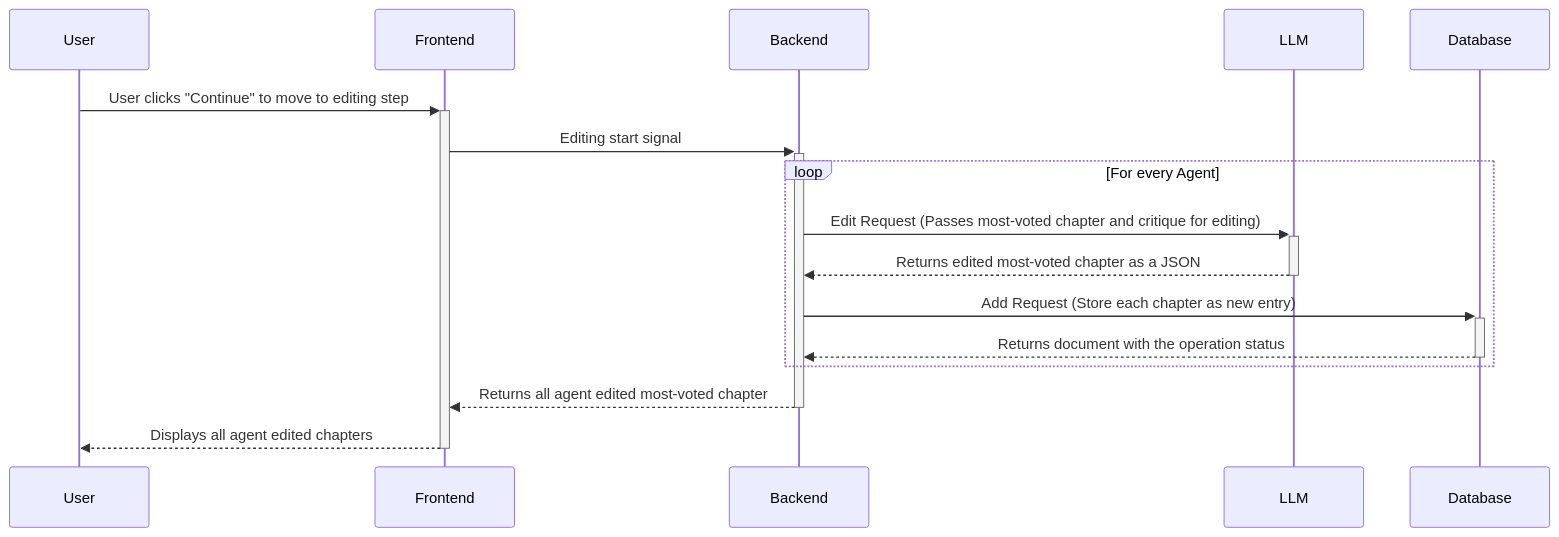
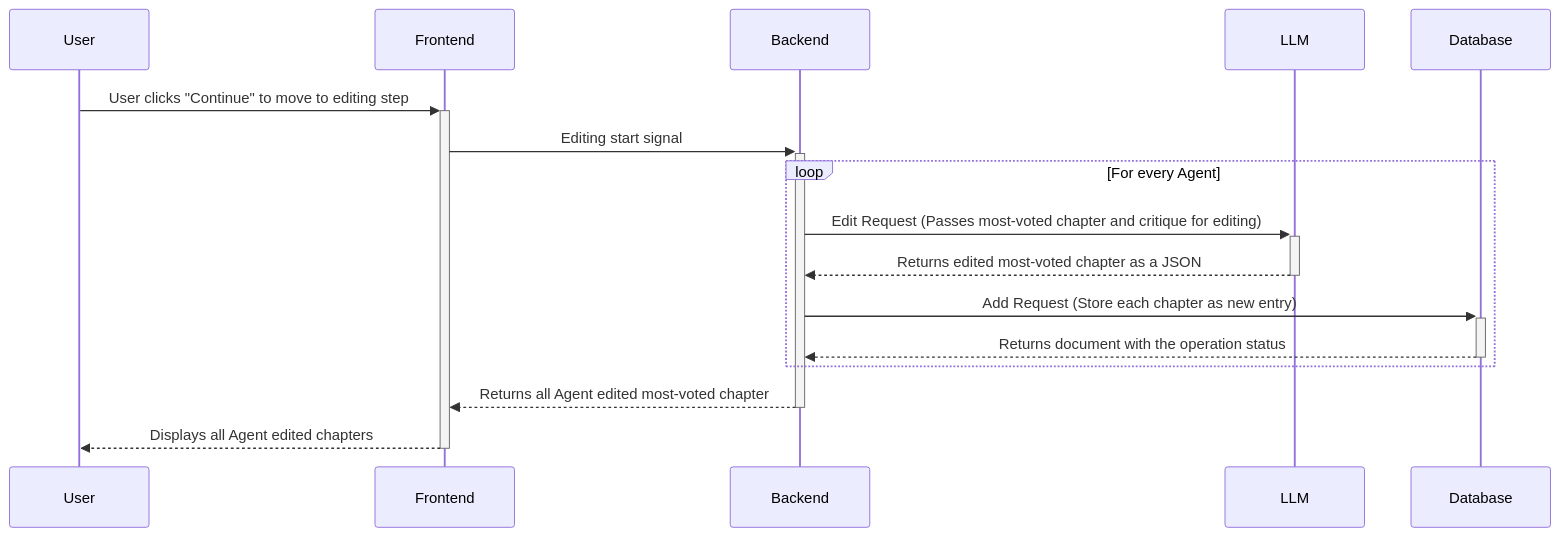
Before and after one commit to Capstone-Projects-2025-Spring/project-003-story-builder-team-1: the tenth of 10 diagrams in documentation/docs/system-architecture/sequence-diagrams.md, drawn with Mermaid. The commit also changed other lines of this file, not shown here.

Commit message:
Added missing sequence diagram and capitalized agent throughout

````diff
--- a/documentation/docs/system-architecture/sequence-diagrams.md
+++ b/documentation/docs/system-architecture/sequence-diagrams.md
@@ -189,18 +210,18 @@
 ```mermaid
 sequenceDiagram
     participant User
     participant Frontend
     participant Backend
     participant LLM
     participant Database
     User->>+Frontend: User clicks "Continue" to move to editing step
     Frontend->>+Backend: Editing start signal
     loop For every Agent
         Backend->>+LLM: Edit Request (Passes most-voted chapter and critique for editing)
         LLM-->>-Backend: Returns edited most-voted chapter as a JSON
         Backend->>+Database: Add Request (Store each chapter as new entry)
         Database-->>-Backend: Returns document with the operation status
     end
-    Backend-->>-Frontend: Returns all agent edited most-voted chapter
-    Frontend-->>-User: Displays all agent edited chapters
+    Backend-->>-Frontend: Returns all Agent edited most-voted chapter
+    Frontend-->>-User: Displays all Agent edited chapters
 ```
````
